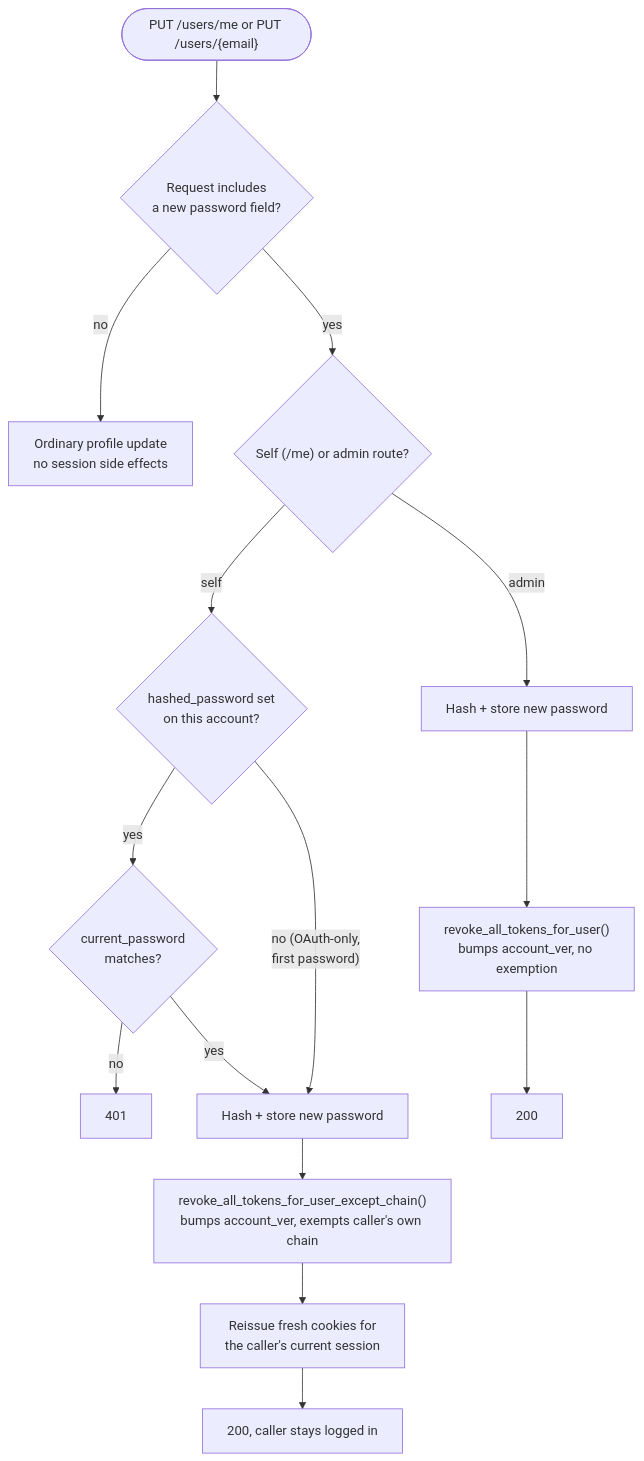
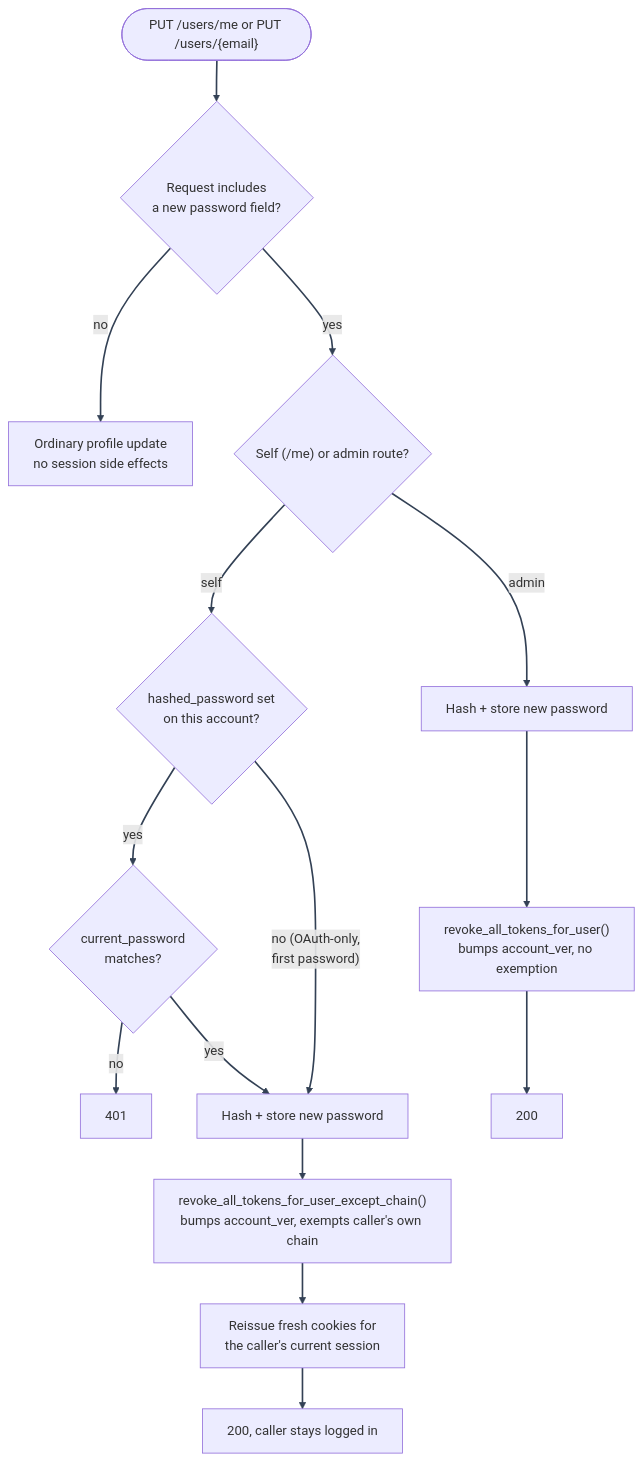
Before and after one commit to Nachiket-2024/mystic-auth: the second of 2 diagrams in docs/mystic_auth/authentication/password-reset.md, drawn with Mermaid. The commit also changed other lines of this file and 630 other files, not shown here.

````diff
--- a/docs/mystic_auth/authentication/password-reset.md
+++ b/docs/mystic_auth/authentication/password-reset.md
@@ -62,17 +67,19 @@
 ```mermaid
+%%{init: {"themeVariables": {"lineColor": "#334155"}} }%%
 flowchart TD
     Start(["PUT /users/me or PUT /users/{email}"]) --> HasPwField{"Request includes\na new password field?"}
     HasPwField -- "no" --> Plain["Ordinary profile update\nno session side effects"]
     HasPwField -- "yes" --> WhoAmI{"Self (/me) or admin route?"}
     WhoAmI -- "self" --> ReConfirm{"hashed_password set\non this account?"}
     ReConfirm -- "yes" --> CheckCurrent{"current_password\nmatches?"}
     CheckCurrent -- "no" --> Fail401["401"]
     CheckCurrent -- "yes" --> ChangeSelf
     ReConfirm -- "no (OAuth-only,\nfirst password)" --> ChangeSelf["Hash + store new password"]
     ChangeSelf --> RevokeSelf["revoke_all_tokens_for_user_except_chain()\nbumps account_ver, exempts caller's own chain"]
     RevokeSelf --> ReissueSelf["Reissue fresh cookies for\nthe caller's current session"]
     ReissueSelf --> Done200Self["200, caller stays logged in"]
     WhoAmI -- "admin" --> ChangeAdmin["Hash + store new password"]
     ChangeAdmin --> RevokeAdmin["revoke_all_tokens_for_user()\nbumps account_ver, no exemption"]
     RevokeAdmin --> Done200Admin["200"]
+    linkStyle default stroke:#334155,stroke-width:2px
 ```
````
